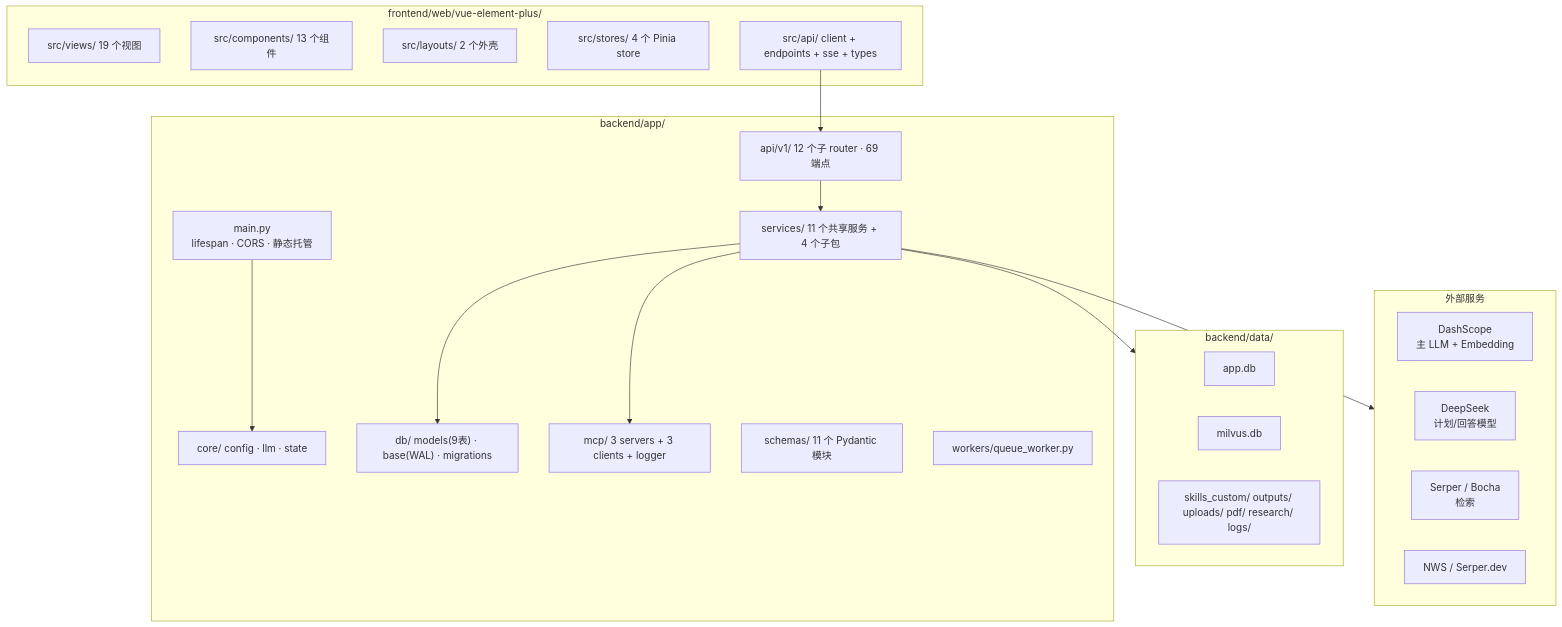
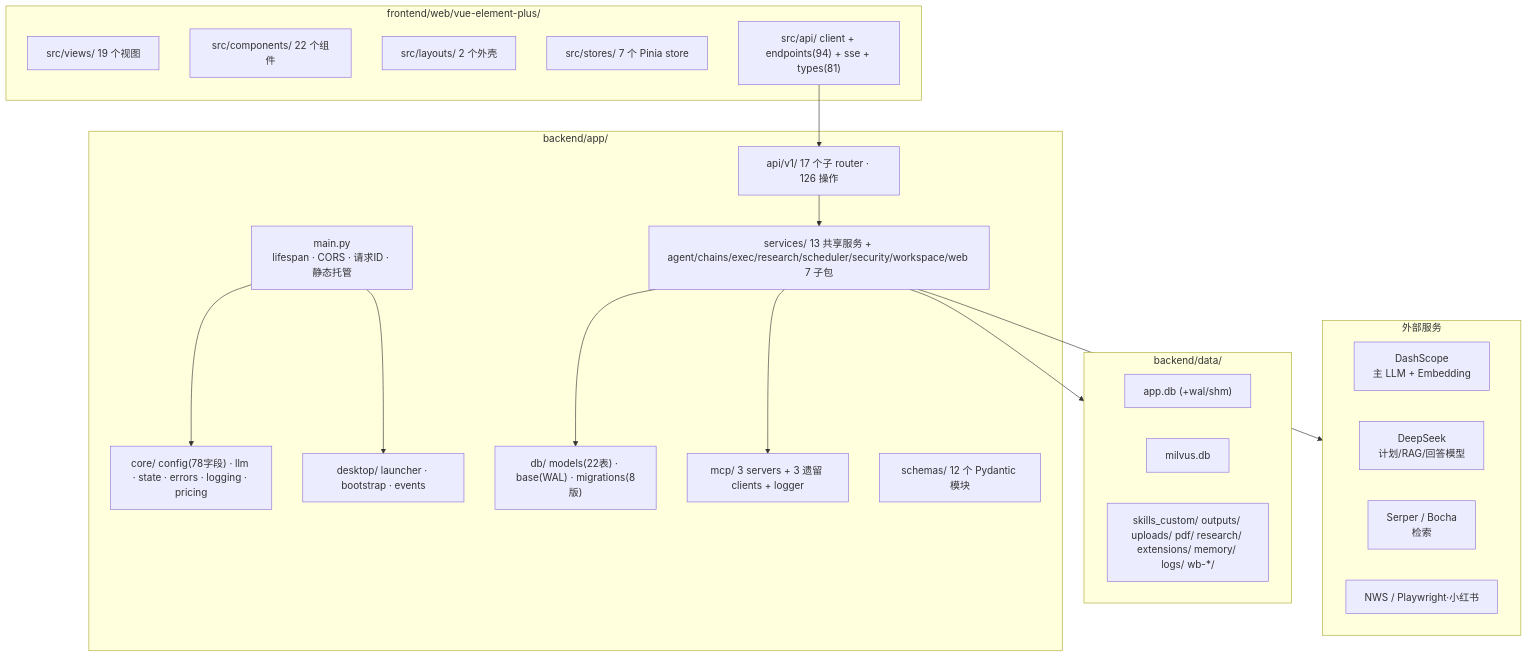
Before and after one commit to lzptouch/agent-platform: the first of 4 diagrams in doc/analysis/01_架构总览.md, drawn with Mermaid. The commit also changed other lines of this file and 514 other files, not shown here.

````diff
--- a/doc/analysis/01_架构总览.md
+++ b/doc/analysis/01_架构总览.md
@@ -44,42 +49,43 @@
 ```mermaid
 flowchart TB
     subgraph FE["frontend/web/vue-element-plus/"]
         FE1["src/views/ 19 个视图"]
-        FE2["src/components/ 13 个组件"]
+        FE2["src/components/ 22 个组件"]
         FE3["src/layouts/ 2 个外壳"]
-        FE4["src/stores/ 4 个 Pinia store"]
-        FE5["src/api/ client + endpoints + sse + types"]
+        FE4["src/stores/ 7 个 Pinia store"]
+        FE5["src/api/ client + endpoints(94) + sse + types(81)"]
     end
 
     subgraph BE["backend/app/"]
-        BEM["main.py<br/>lifespan · CORS · 静态托管"]
-        BEO["api/v1/ 12 个子 router · 69 端点"]
-        BEC["core/ config · llm · state"]
-        BED["db/ models(9表) · base(WAL) · migrations"]
-        BES["services/ 11 个共享服务 + 4 个子包"]
-        BEMCP["mcp/ 3 servers + 3 clients + logger"]
-        BESCH["schemas/ 11 个 Pydantic 模块"]
-        BEW["workers/queue_worker.py"]
+        BEM["main.py<br/>lifespan · CORS · 请求ID · 静态托管"]
+        BEO["api/v1/ 17 个子 router · 126 操作"]
+        BEC["core/ config(78字段) · llm · state · errors · logging · pricing"]
+        BED["db/ models(22表) · base(WAL) · migrations(8版)"]
+        BES["services/ 13 共享服务 + agent/chains/exec/research/scheduler/security/workspace/web 7 子包"]
+        BEMCP["mcp/ 3 servers + 3 遗留 clients + logger"]
+        BEDK["desktop/ launcher · bootstrap · events"]
+        BESCH["schemas/ 12 个 Pydantic 模块"]
     end
 
     subgraph DATA["backend/data/"]
-        D1["app.db"]
+        D1["app.db (+wal/shm)"]
         D2["milvus.db"]
-        D3["skills_custom/ outputs/ uploads/ pdf/ research/ logs/"]
+        D3["skills_custom/ outputs/ uploads/ pdf/ research/ extensions/ memory/ logs/ wb-*/"]
     end
 
     subgraph EXT["外部服务"]
         E1["DashScope<br/>主 LLM + Embedding"]
-        E2["DeepSeek<br/>计划/回答模型"]
+        E2["DeepSeek<br/>计划/RAG/回答模型"]
         E3["Serper / Bocha<br/>检索"]
-        E4["NWS / Serper.dev"]
+        E4["NWS / Playwright·小红书"]
     end
 
     FE5 --> BEO
     BEO --> BES
     BES --> BED
     BES --> BEMCP
     BEM --> BEC
+    BEM --> BEDK
     BES --> DATA
     BES --> EXT
 ```
````
